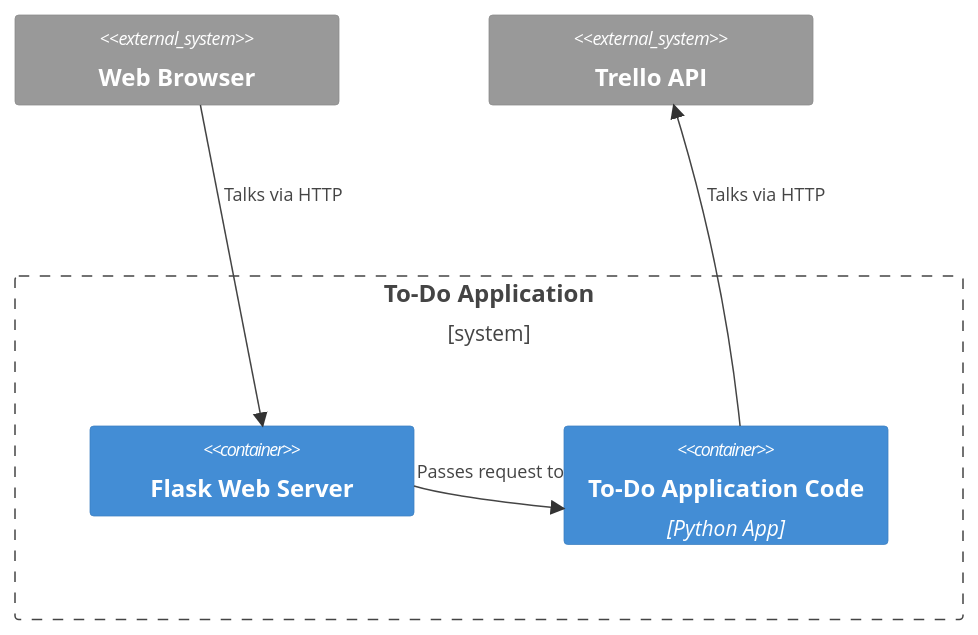
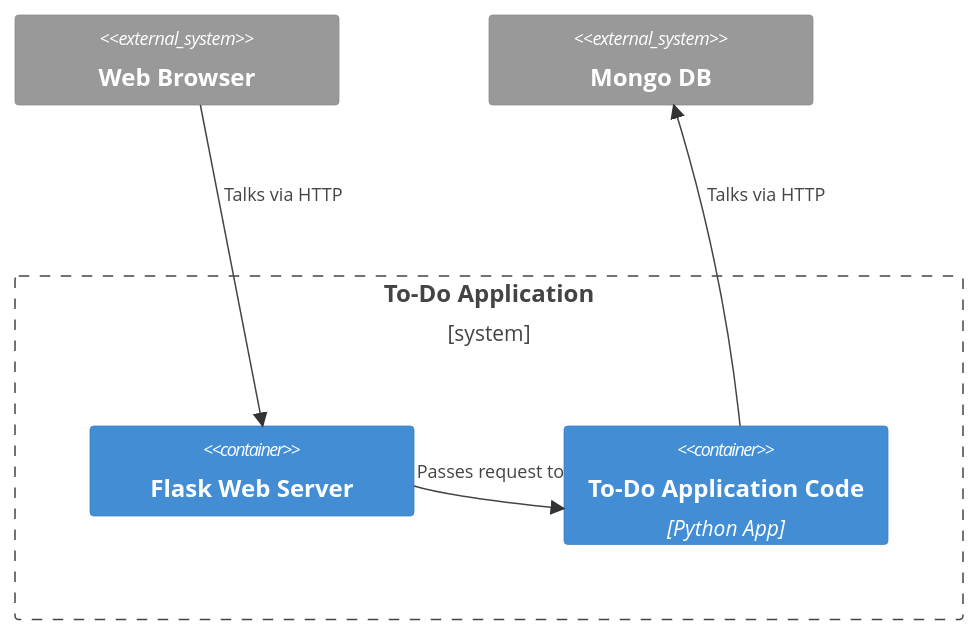
One commit to Nancy-Singleton/DevOps-Course-Starter changed the diagram in docs/architecture/C4Container.md. Above: the diagram before and after it, drawn with Mermaid. The commit also changed 15 other files, not shown here.

````diff
--- a/docs/architecture/C4Container.md
+++ b/docs/architecture/C4Container.md
@@ -1,19 +1,19 @@
 ```mermaid
 C4Container
     System_Ext(browser, "Web Browser")
 
     Boundary(todoApp, "To-Do Application") {
         Container(flask, "Flask Web Server")
         Container(todoAppCode, "To-Do Application Code", "Python App")
     }
 
-    System_Ext(trelloApi, "Trello API")
+    System_Ext(mongoDb, "Mongo DB")
 
     Rel(browser, flask, "Talks via HTTP")
     Rel(flask, todoAppCode, "Passes request to")
-    Rel(todoAppCode, trelloApi, "Talks via HTTP")
+    Rel(todoAppCode, mongoDb, "Talks via HTTP")
 
     UpdateRelStyle(browser, flask, $offsetX="-5", $offsetY="-50")
     UpdateRelStyle(flask, todoAppCode, $offsetX="-48", $offsetY="-20")
-    UpdateRelStyle(todoAppCode, trelloApi, $offsetX="0", $offsetY="-50")
+    UpdateRelStyle(todoAppCode, mongoDb, $offsetX="0", $offsetY="-50")
 ```
````
